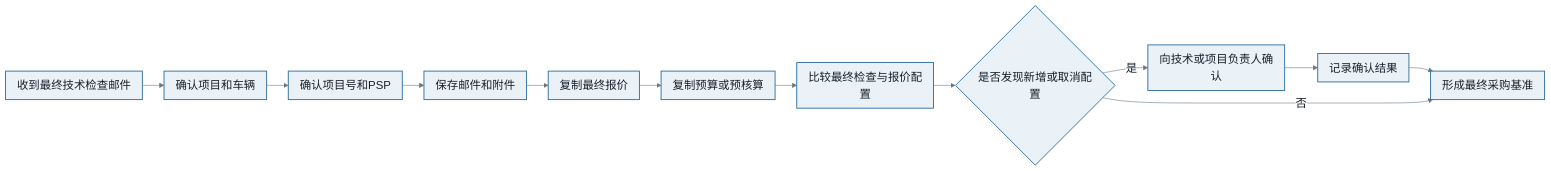
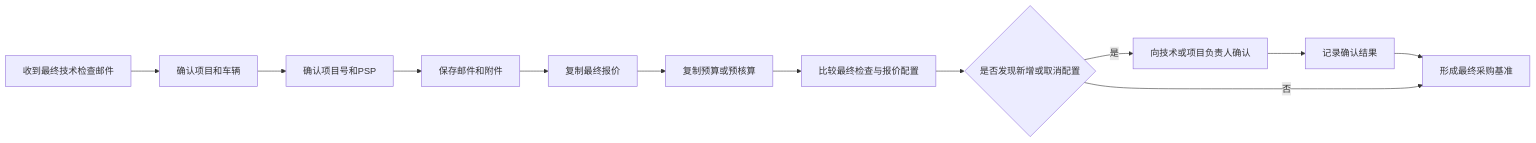
Before and after one commit to giengenbw/chassisprocess: diagram 15 of 56 in README.md, drawn with Mermaid. The commit also changed other lines of this file, not shown here.

````diff
--- a/README.md
+++ b/README.md
@@ -525,19 +462,14 @@
 ```mermaid
-%%{init: {'theme':'base','flowchart':{'curve':'basis','nodeSpacing':24,'rankSpacing':38,'padding':10,'htmlLabels':true,'useMaxWidth':true},'themeVariables':{'fontFamily':'Microsoft YaHei, Noto Sans SC, Arial, sans-serif','fontSize':'20px','primaryColor':'#EAF2F8','primaryTextColor':'#17202A','primaryBorderColor':'#2E6E9E','lineColor':'#667788','secondaryColor':'#FFF4D6','tertiaryColor':'#E8F6F3','edgeLabelBackground':'#FFFFFF'}}}%%
-flowchart LR
+graph LR
     A["收到最终技术检查邮件"] --> B["确认项目和车辆"]
     B --> C["确认项目号和PSP"]
     C --> D["保存邮件和附件"]
     D --> E["复制最终报价"]
     E --> F["复制预算或预核算"]
     F --> G["比较最终检查与报价配置"]
     G --> H{"是否发现新增或取消配置"}
-    H -->|是| I["向技术或项目负责人确认"]
+    H -- 是 --> I["向技术或项目负责人确认"]
     I --> J["记录确认结果"]
     J --> K["形成最终采购基准"]
-    H -->|否| K
-    classDef default fill:#EAF2F8,stroke:#2E6E9E,stroke-width:1.6px,color:#17202A,font-size:20px;
-    classDef decision fill:#FFF4D6,stroke:#B8860B,stroke-width:2px,color:#4A3A00,font-size:20px;
-    classDef exception fill:#FCE8E6,stroke:#B3261E,stroke-width:2px,color:#6A1B16,font-size:20px;
-    classDef outcome fill:#E8F6F3,stroke:#16836B,stroke-width:2px,color:#0B5345,font-size:20px;
+    H -- 否 --> K
 ```
````
